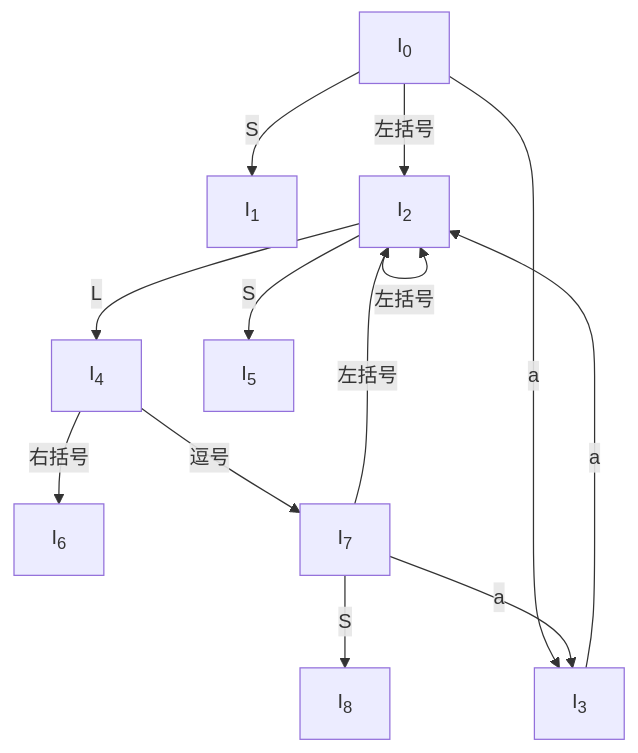
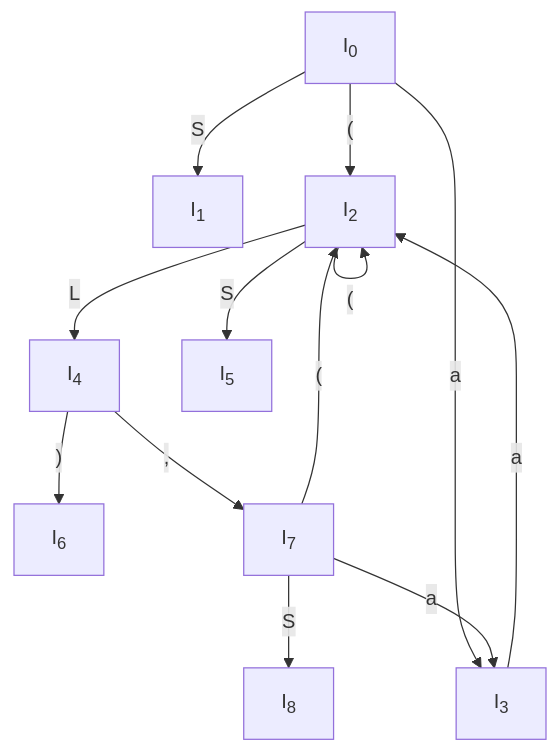
One commit to voyage-li/ustc_life changed the diagram in Compile/HW/HW3/hw3.md. Above: the diagram before and after it, drawn with Mermaid. The commit also changed other lines of this file and 55 other files, not shown here.

```diff
--- a/Compile/HW/HW3/hw3.md
+++ b/Compile/HW/HW3/hw3.md
@@ -27,15 +27,15 @@
 ~~~mermaid
 graph TD
 	A[I<sub>0</sub>]--S-->B[I<sub>1</sub>]
-	A--左括号-->C[I<sub>2</sub>]
+	A--"("-->C[I<sub>2</sub>]
 	A--a-->D[I<sub>3]
 	C--L-->E[I<sub>4]
 	C--S-->F[I<sub>5]
-	E--右括号-->G[I<sub>6]
-	E--逗号-->H[I<sub>7]
+	E--")"-->G[I<sub>6]
+	E--","-->H[I<sub>7]
 	H--S-->I[I<sub>8]
 	D--a-->C
-	C--左括号-->C
+	C--"("-->C
 	H--a-->D
-	H--左括号-->C
+	H--"("-->C
 ~~~
```
